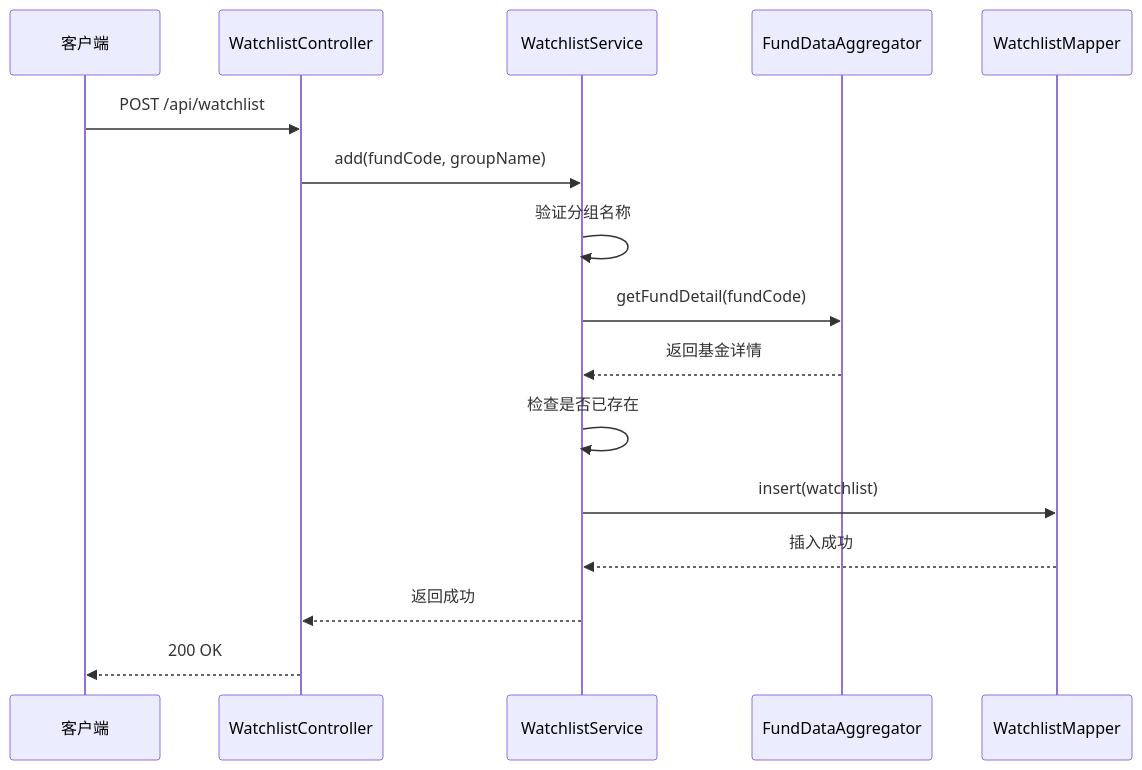
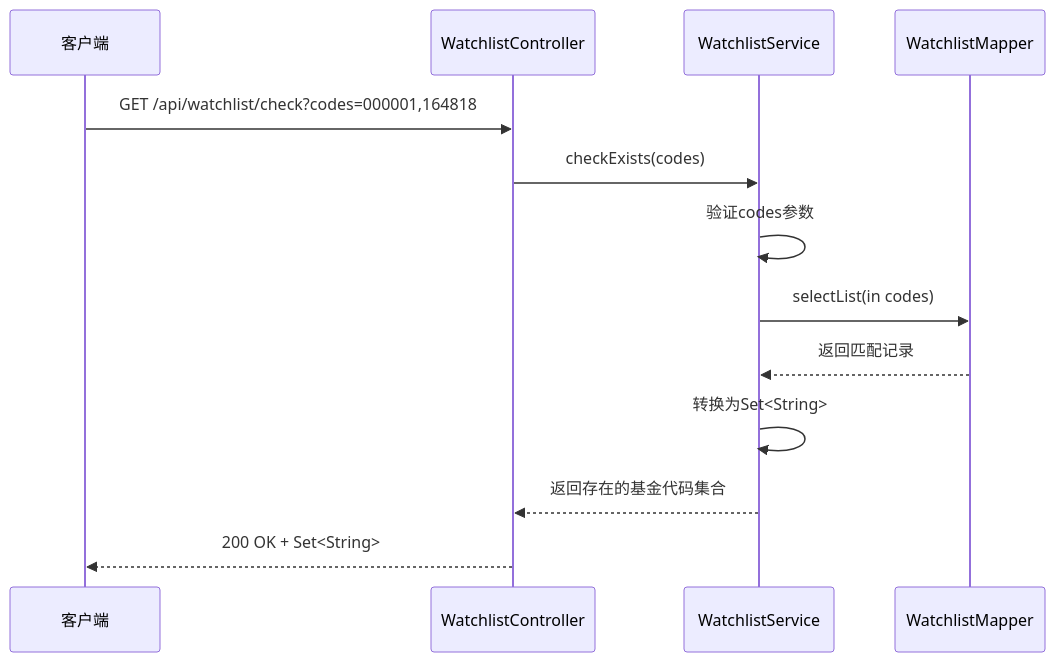
The fourth of 9 diagrams in .qoder/repowiki/zh/content/Watchlist Enhancement.md (gree-coder/fund-butler), drawn with Mermaid before and after one commit. The commit also changed other lines of this file and 34 other files, not shown here.

````diff
--- a/.qoder/repowiki/zh/content/Watchlist Enhancement.md
+++ b/.qoder/repowiki/zh/content/Watchlist Enhancement.md
@@ -163,18 +178,15 @@
 ```mermaid
 sequenceDiagram
 participant Client as 客户端
 participant Controller as WatchlistController
 participant Service as WatchlistService
-participant Aggregator as FundDataAggregator
 participant Mapper as WatchlistMapper
-Client->>Controller : POST /api/watchlist
-Controller->>Service : add(fundCode, groupName)
-Service->>Service : 验证分组名称
-Service->>Aggregator : getFundDetail(fundCode)
-Aggregator-->>Service : 返回基金详情
-Service->>Service : 检查是否已存在
-Service->>Mapper : insert(watchlist)
-Mapper-->>Service : 插入成功
-Service-->>Controller : 返回成功
-Controller-->>Client : 200 OK
+Client->>Controller : GET /api/watchlist/check?codes=000001,164818
+Controller->>Service : checkExists(codes)
+Service->>Service : 验证codes参数
+Service->>Mapper : selectList(in codes)
+Mapper-->>Service : 返回匹配记录
+Service->>Service : 转换为Set<String>
+Service-->>Controller : 返回存在的基金代码集合
+Controller-->>Client : 200 OK + Set<String>
 ```
````
